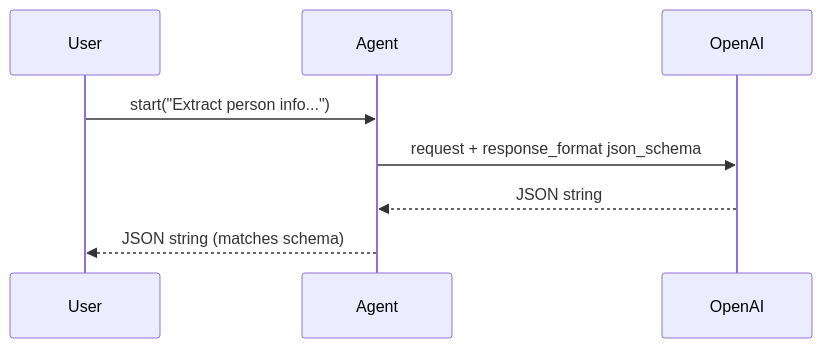
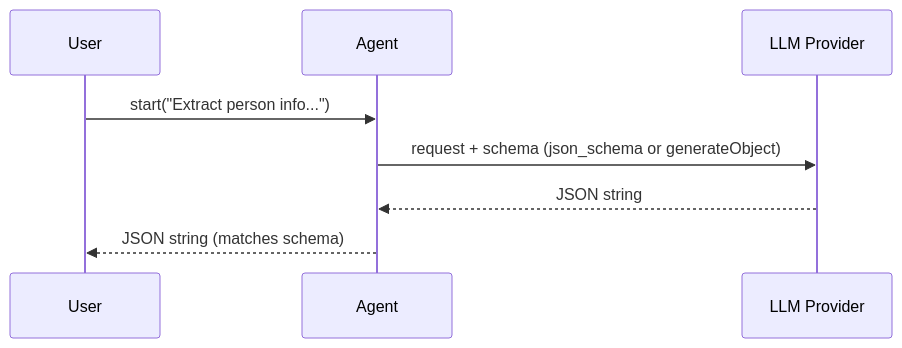
The second of 2 diagrams in docs/js/structured-output.mdx (MervinPraison/PraisonAIDocs), drawn with Mermaid before and after one commit. The commit also changed other lines of this file and 5 other files, not shown here.

First line of the commit message:
docs(js): tools and outputSchema now work on every provider (fixes #3381)

````diff
--- a/docs/js/structured-output.mdx
+++ b/docs/js/structured-output.mdx
@@ -113,11 +113,11 @@
 ```mermaid
 sequenceDiagram
     participant User
     participant Agent
-    participant OpenAI
+    participant LLM as LLM Provider
 
     User->>Agent: start("Extract person info...")
-    Agent->>OpenAI: request + response_format json_schema
-    OpenAI-->>Agent: JSON string
+    Agent->>LLM: request + schema (json_schema or generateObject)
+    LLM-->>Agent: JSON string
     Agent-->>User: JSON string (matches schema)
 ```
````
